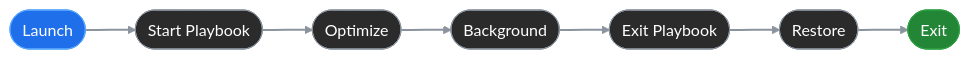
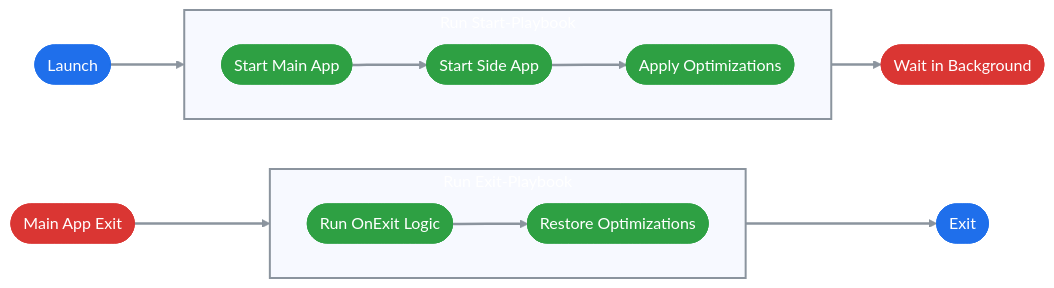
Before and after one commit to JanGaida/posh-playbook-launch: the diagram in README.md, drawn with Mermaid.

Commit message:
Updated How-it-Works mermaid

````diff
--- a/README.md
+++ b/README.md
@@ -26,25 +26,55 @@
 ```mermaid
 %%{init: {'theme':'base'}}%%
 
 flowchart LR
 
-    A([Launch])
-    B([Start Playbook])
-    C([Optimize])
-    D([Background])
-    E([Exit Playbook])
-    F([Restore])
-    G([Exit])
+    A([Launch]) --> SP
+    SP --> D([Wait in Background])
 
-    A ==> B ==> C ==> D ==> E ==> F ==> G
+    F([Main App Exit]) --> EP
+    EP --> I([Exit])
 
-    classDef start fill:#1f6feb,stroke:#58a6ff,color:#ffffff;
-    classDef process fill:#2b2b2b,stroke:#8b949e,color:#ffffff;
-    classDef finish fill:#238636,stroke:#2ea043,color:#ffffff;
+    subgraph SP [Run Start-Playbook]
+        direction LR
+        B([Start Main App])
+        C([Start Side App])
+        D1([Apply Optimizations])
 
-    class A start;
-    class B,C,D,E,F process;
-    class G finish;
+        B --> C --> D1
+    end
 
-    linkStyle default stroke:#8b949e,stroke-width:2px;
+    subgraph EP [Run Exit-Playbook]
+        direction LR
+        G([Run OnExit Logic])
+        H([Restore Optimizations])
+
+        G --> H
+    end
+
+    %% Main Flow
+    classDef launch fill:#1f6feb,stroke:#1f6feb,color:#ffffff;
+    classDef runtime fill:#da3633,stroke:#da3633,color:#ffffff;
+    classDef shutdown fill:#da3633,stroke:#da3633,color:#ffffff;
+    classDef success fill:#1f6feb,stroke:#1f6feb,color:#ffffff;
+
+    %% Internal Steps
+    classDef app fill:#2ea043,stroke:#2ea043,color:#ffffff;
+    classDef optimize fill:#2ea043,stroke:#2ea043,color:#ffffff;
+    classDef restore fill:#2ea043,stroke:#2ea043,color:#ffffff;
+
+    %% Assign Classes
+    class A launch;
+    class D runtime;
+    class F shutdown;
+    class I success;
+
+    class B,C app;
+    class D1 optimize;
+    class G,H restore;
+
+    %% Arrow Styling
+    linkStyle default stroke:#8b949e,stroke-width:2.5px;
+
+    style SP fill:#00000,stroke:#8b949e,stroke-width:2px,color:#ffffff
+    style EP fill:#00000,stroke:#8b949e,stroke-width:2px,color:#ffffff
 ```
````
